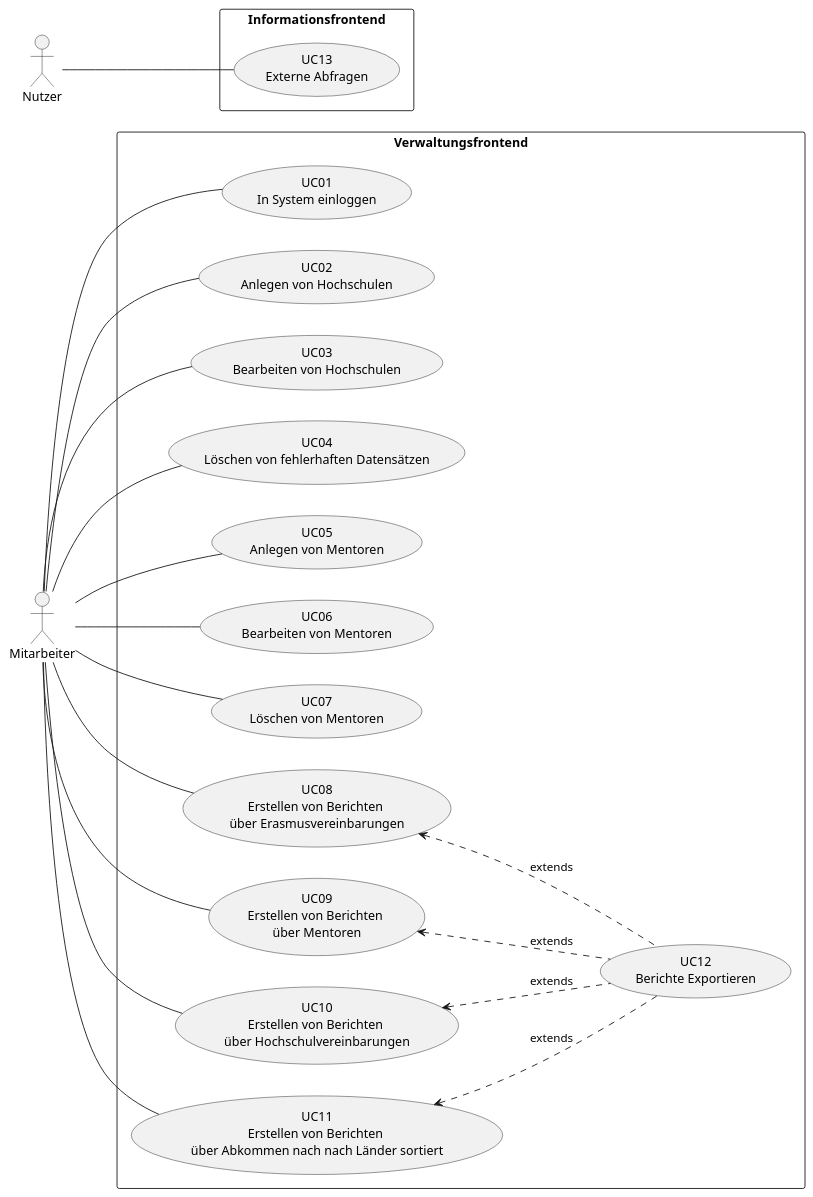
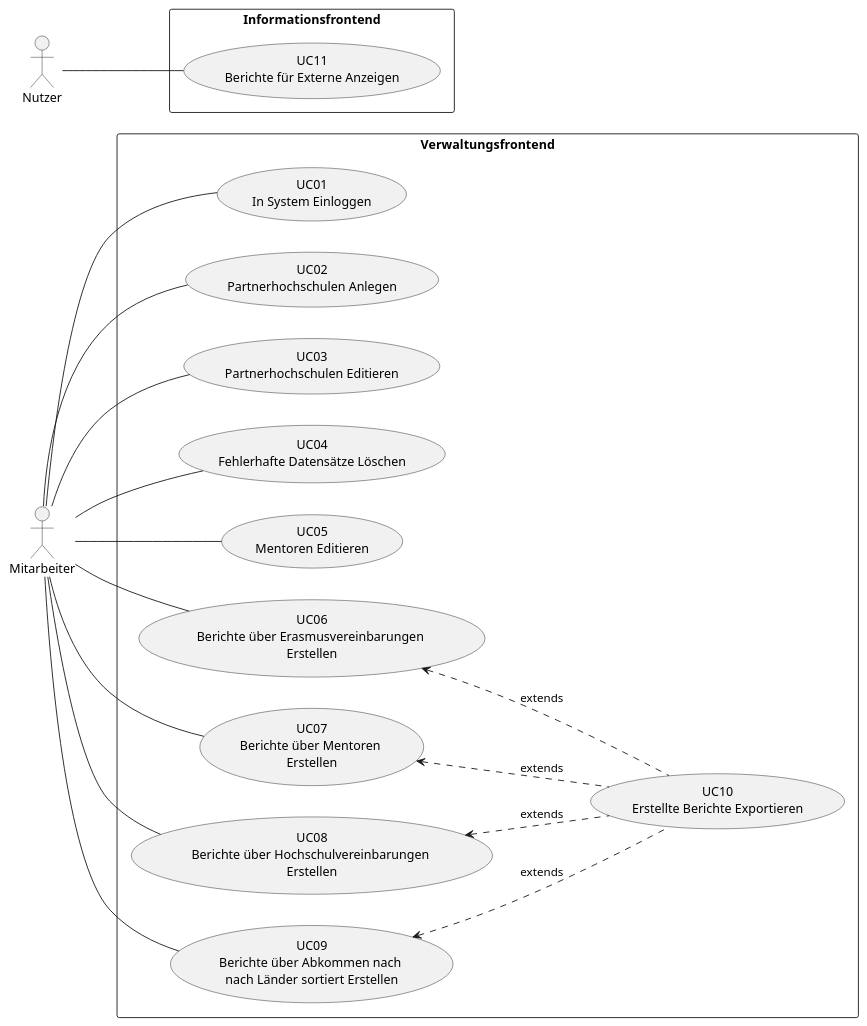
The diagram in docs/requirements/plantuml/use_case_diagram.puml (jay-hae/SE-Projekt-I3), drawn with PlantUML before and after one commit. The commit also changed 12 other files, not shown here.

```diff
--- a/docs/requirements/plantuml/use_case_diagram.puml
+++ b/docs/requirements/plantuml/use_case_diagram.puml
@@ -1,45 +1,41 @@
 @startuml
 left to right direction
 
 actor Mitarbeiter
 
 rectangle "Verwaltungsfrontend" {
-usecase "UC01\nIn System einloggen" as uc01
-usecase "UC02\nAnlegen von Hochschulen" as uc02
-usecase "UC03\nBearbeiten von Hochschulen" as uc03
-usecase "UC04\nLöschen von fehlerhaften Datensätzen" as uc04
-usecase "UC05\nAnlegen von Mentoren" as uc05
-usecase "UC06\nBearbeiten von Mentoren" as uc06
-usecase "UC07\nLöschen von Mentoren" as uc07
-usecase "UC08\nErstellen von Berichten \nüber Erasmusvereinbarungen" as uc08
-usecase "UC09\nErstellen von Berichten \nüber Mentoren" as uc09
-usecase "UC10\nErstellen von Berichten \nüber Hochschulvereinbarungen" as uc10
-usecase "UC11\nErstellen von Berichten \nüber Abkommen nach nach Länder sortiert" as uc11
-usecase "UC12\nBerichte Exportieren" as uc12
+usecase "UC01\nIn System Einloggen" as uc01
+usecase "UC02\nPartnerhochschulen Anlegen" as uc02
+usecase "UC03\nPartnerhochschulen Editieren" as uc03
+usecase "UC04\nFehlerhafte Datensätze Löschen" as uc04
+usecase "UC05\nMentoren Editieren" as uc05
+usecase "UC06\nBerichte über Erasmusvereinbarungen \nErstellen" as uc06
+usecase "UC07\nBerichte über Mentoren \nErstellen" as uc07
+usecase "UC08\nBerichte über Hochschulvereinbarungen \nErstellen" as uc08
+usecase "UC09\nBerichte über Abkommen nach \nnach Länder sortiert Erstellen" as uc09
+usecase "UC10\nErstellte Berichte Exportieren" as uc10
 }
 
 Mitarbeiter -- uc01
 Mitarbeiter -- uc02
 Mitarbeiter -- uc03
 Mitarbeiter -- uc04
 Mitarbeiter -- uc05
 Mitarbeiter -- uc06
 Mitarbeiter -- uc07
 Mitarbeiter -- uc08
 Mitarbeiter -- uc09
-Mitarbeiter -- uc10
-Mitarbeiter -- uc11
-uc08 <.down. uc12 : extends
-uc09 <.down. uc12 : extends
-uc10 <.down. uc12 : extends
-uc11 <.down. uc12 : extends
+uc06 <.down. uc10 : extends
+uc07 <.down. uc10 : extends
+uc08 <.down. uc10 : extends
+uc09 <.down. uc10 : extends
 
 actor Nutzer
 
 rectangle "Informationsfrontend" {
 
-usecase "UC13\nExterne Abfragen" as uc13
+usecase "UC11\nBerichte für Externe Anzeigen" as uc11
 }
-Nutzer -- uc13
+Nutzer -- uc11
 
 @enduml
```
